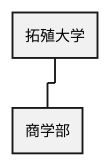
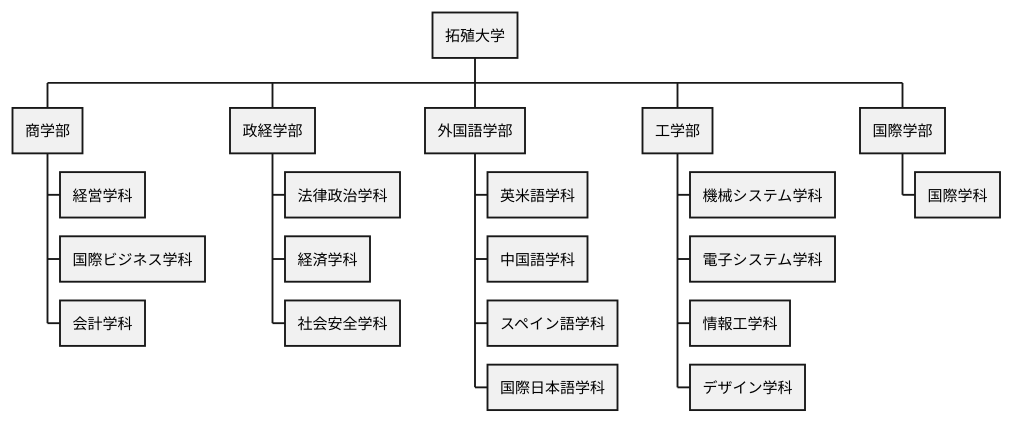
One commit to kkShota/Graph changed the second of 4 diagrams in exercise.md. Above: the diagram before and after it, drawn with PlantUML. The commit also changed other lines of this file, not shown here.

Commit message:
Create graph

````diff
--- a/exercise.md
+++ b/exercise.md
@@ -26,6 +32,25 @@
 ```plantUML
 @startwbs ex02
 * 拓殖大学
 ** 商学部
+*** 経営学科
+*** 国際ビジネス学科
+*** 会計学科
+** 政経学部
+*** 法律政治学科
+*** 経済学科
+*** 社会安全学科
+** 外国語学部
+*** 英米語学科
+*** 中国語学科
+*** スペイン語学科
+*** 国際日本語学科
+** 工学部
+*** 機械システム学科
+*** 電子システム学科
+*** 情報工学科
+*** デザイン学科
+** 国際学部
+*** 国際学科
 @endwbs
 ```
````
